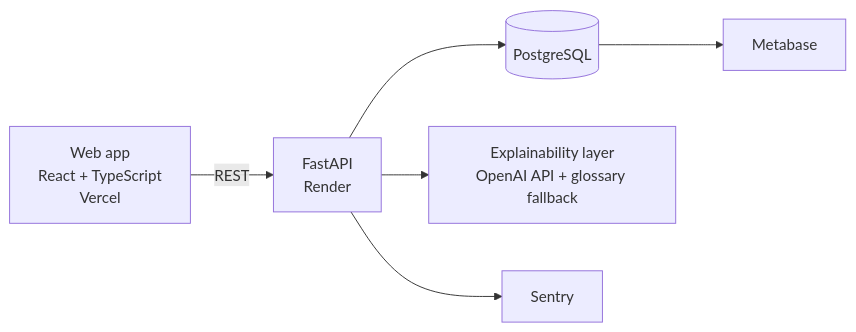
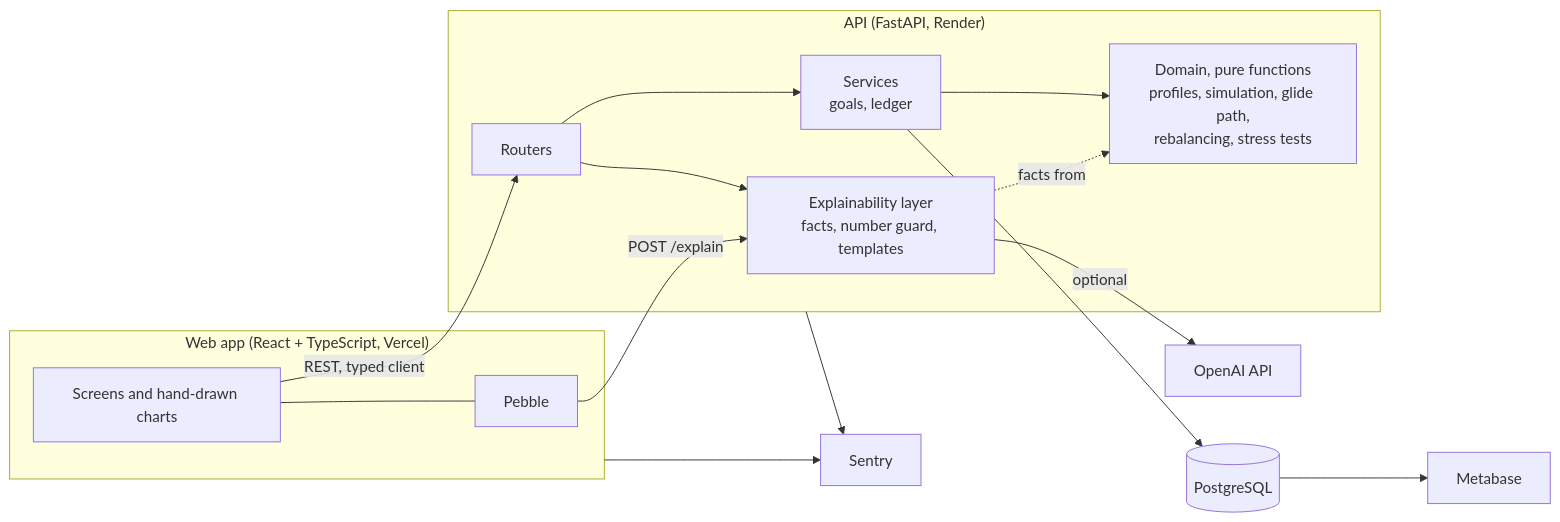
Before and after one commit to medbm5/cairn: the diagram in README.md, drawn with Mermaid. The commit also changed other lines of this file and 4 other files, not shown here.

Commit message:
docs: add architecture, decision records and AI usage notes

````diff
--- a/README.md
+++ b/README.md
@@ -24,8 +27,19 @@
 ```mermaid
 flowchart LR
-  W[Web app<br/>React + TypeScript<br/>Vercel] -->|REST| A[FastAPI<br/>Render]
-  A --> D[(PostgreSQL)]
-  A --> X[Explainability layer<br/>OpenAI API + glossary fallback]
-  A --> S[Sentry]
+  subgraph Web["Web app (React + TypeScript, Vercel)"]
+    UI[Screens and hand-drawn charts] --- P[Pebble]
+  end
+  subgraph API["API (FastAPI, Render)"]
+    R[Routers] --> SV[Services<br/>goals, ledger]
+    R --> E[Explainability layer<br/>facts, number guard, templates]
+    SV --> DM[Domain, pure functions<br/>profiles, simulation, glide path,<br/>rebalancing, stress tests]
+    E -. facts from .-> DM
+  end
+  UI -->|REST, typed client| R
+  P -->|POST /explain| E
+  E -->|optional| O[OpenAI API]
+  SV --> D[(PostgreSQL)]
+  API --> S[Sentry]
+  Web --> S
   D --> M[Metabase]
 ```
````
